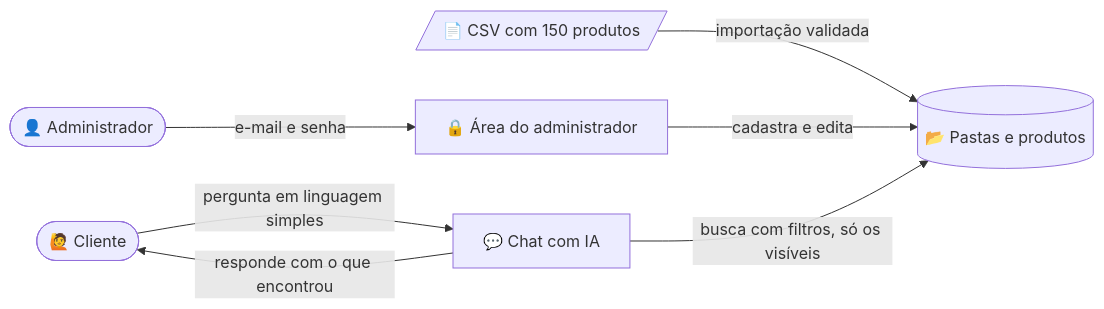
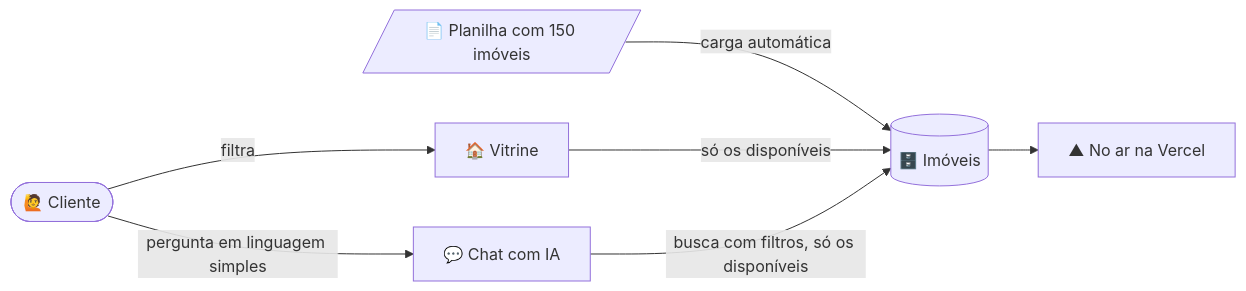
The first of 2 diagrams in WORKSHOP.md (Blueydata/ai-dev-foundation), drawn with Mermaid before and after one commit. The commit also changed other lines of this file and 11 other files, not shown here.

````diff
--- a/WORKSHOP.md
+++ b/WORKSHOP.md
@@ -15,9 +15,9 @@
 ```mermaid
 flowchart LR
-    CSV[/"📄 CSV com 150 produtos"/] -->|"importação validada"| Catalogo[("📂 Pastas e produtos")]
-    Admin(["👤 Administrador"]) -->|"e-mail e senha"| Area["🔒 Área do administrador"]
-    Area -->|"cadastra e edita"| Catalogo
-    Cliente(["🙋 Cliente"]) -->|"pergunta em linguagem simples"| Chat["💬 Chat com IA"]
-    Chat -->|"busca com filtros, só os visíveis"| Catalogo
-    Chat -->|"responde com o que encontrou"| Cliente
+    CSV[/"📄 Planilha com 150 imóveis"/] -->|"carga automática"| Banco[("🗄️ Imóveis")]
+    Cliente(["🙋 Cliente"]) -->|"filtra"| Vitrine["🏠 Vitrine"]
+    Cliente -->|"pergunta em linguagem simples"| Chat["💬 Chat com IA"]
+    Vitrine -->|"só os disponíveis"| Banco
+    Chat -->|"busca com filtros, só os disponíveis"| Banco
+    Banco --> Vercel["▲ No ar na Vercel"]
 ```
````
